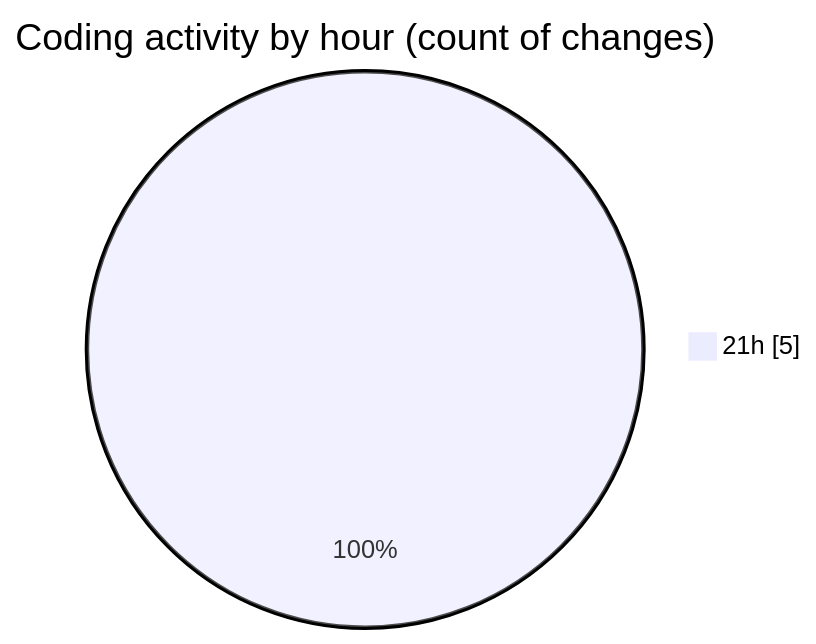
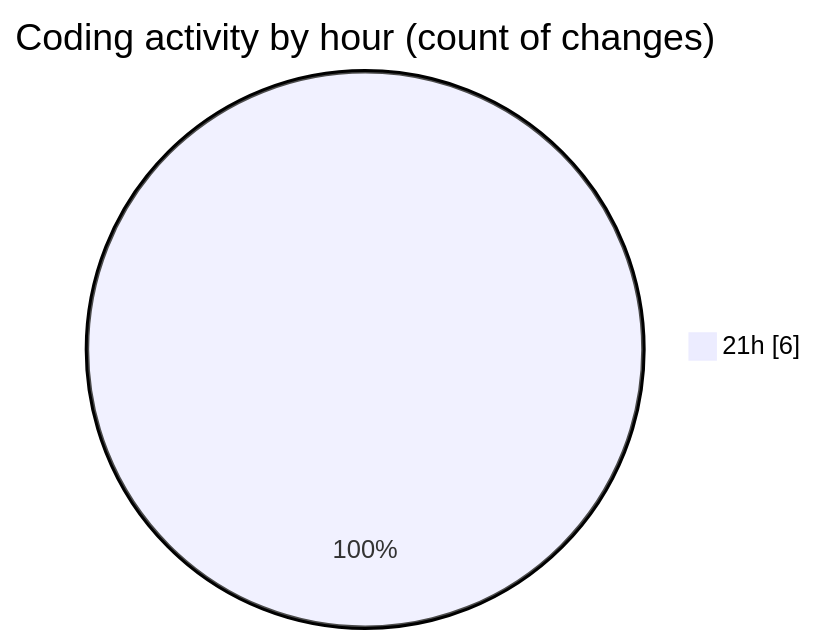
Before and after one commit to NitaiMahat/code-tracking: the second of 2 diagrams in 2025-04-02/startfiles__2_/README.md, drawn with Mermaid. The commit also changed other lines of this file and 1 other file, not shown here.

````diff
--- a/2025-04-02/startfiles__2_/README.md
+++ b/2025-04-02/startfiles__2_/README.md
@@ -32,5 +33,5 @@
 ```mermaid
 pie showData
 title Coding activity by hour (count of changes)
-"21h" : 5
+"21h" : 6
 ```
````
